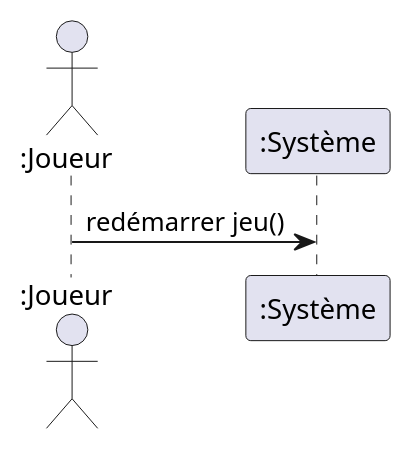
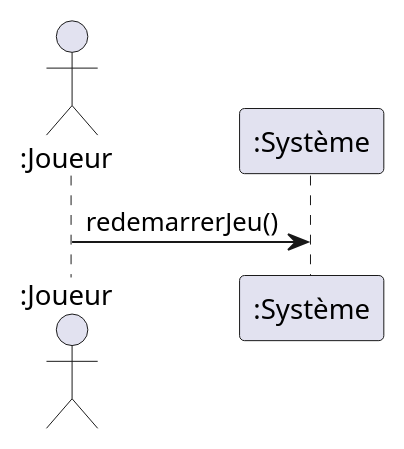
Before and after one commit to cc-probitaille/laboratoire-0-Alexis00Roy: the diagram in docs/modeles/dss-redemarrerJeu.puml, drawn with PlantUML.

```diff
--- a/docs/modeles/dss-redemarrerJeu.puml
+++ b/docs/modeles/dss-redemarrerJeu.puml
@@ -1,5 +1,5 @@
 @startuml dss redemarrer jeu
 actor ":Joueur" as J
 participant ":Système" as S
-J -> S :redémarrer jeu()
+J -> S :redemarrerJeu()
 @enduml
```
